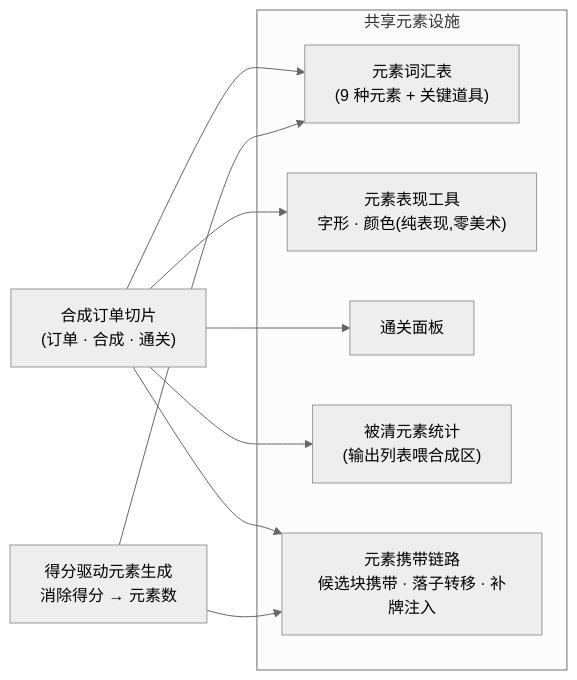
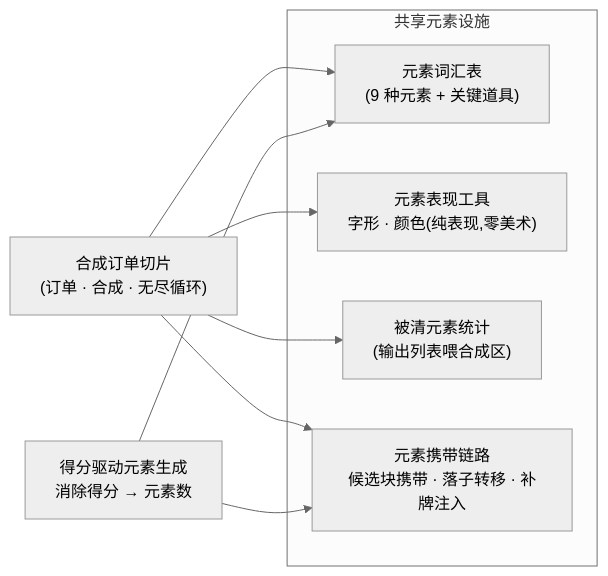
Before and after one commit to zhoupeng921101/TEngine_zp: the second of 3 diagrams in UnityProject/design-docs/10-score-element-rm-collect.md, drawn with Mermaid (neutral theme). The commit also changed other lines of this file and 8 other files, not shown here.

````diff
--- a/UnityProject/design-docs/10-score-element-rm-collect.md
+++ b/UnityProject/design-docs/10-score-element-rm-collect.md
@@ -106,19 +106,17 @@
 ```mermaid
 flowchart LR
     subgraph fac["共享元素设施"]
         f1["元素词汇表<br/>(9 种元素 + 关键道具)"]
         f2["元素表现工具<br/>字形 · 颜色(纯表现,零美术)"]
-        f3["通关面板"]
         f4["被清元素统计<br/>(输出列表喂合成区)"]
         f5["元素携带链路<br/>候选块携带 · 落子转移 · 补牌注入"]
     end
-    mo["合成订单切片<br/>(订单 · 合成 · 通关)"]
+    mo["合成订单切片<br/>(订单 · 合成 · 无尽循环)"]
     sc["得分驱动元素生成<br/>消除得分 → 元素数"]
     mo --> f1
     mo --> f2
-    mo --> f3
     mo --> f4
     mo --> f5
     sc --> f1
     sc --> f5
 ```
````
